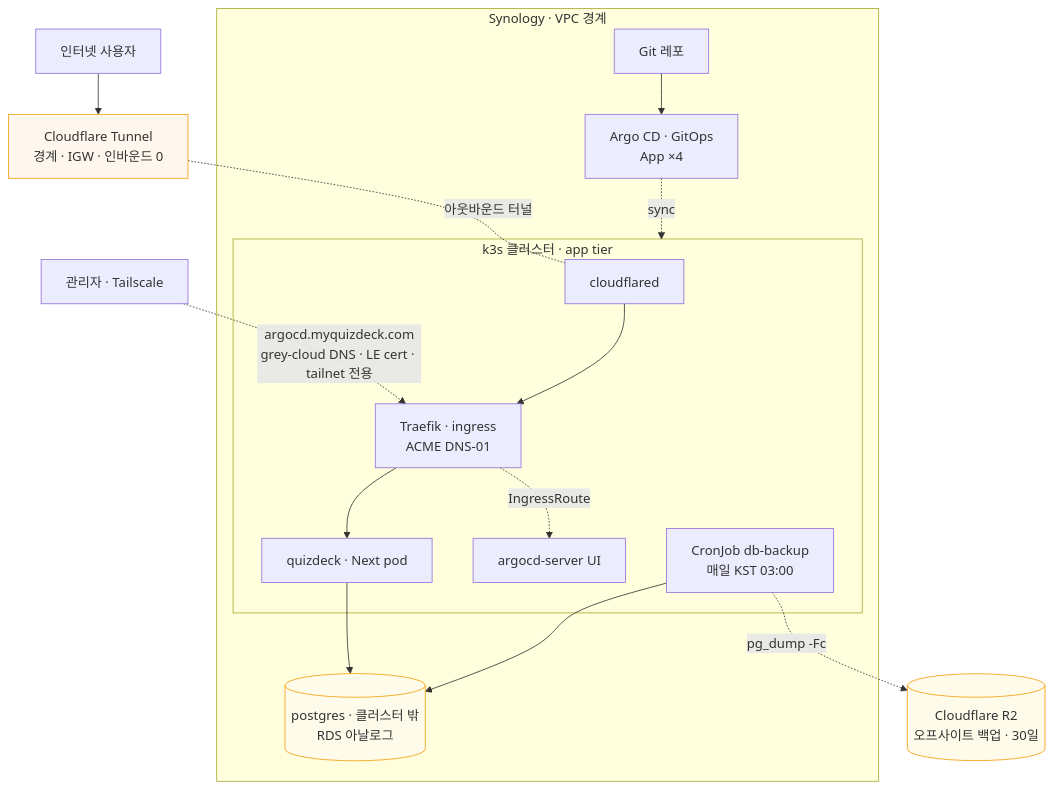
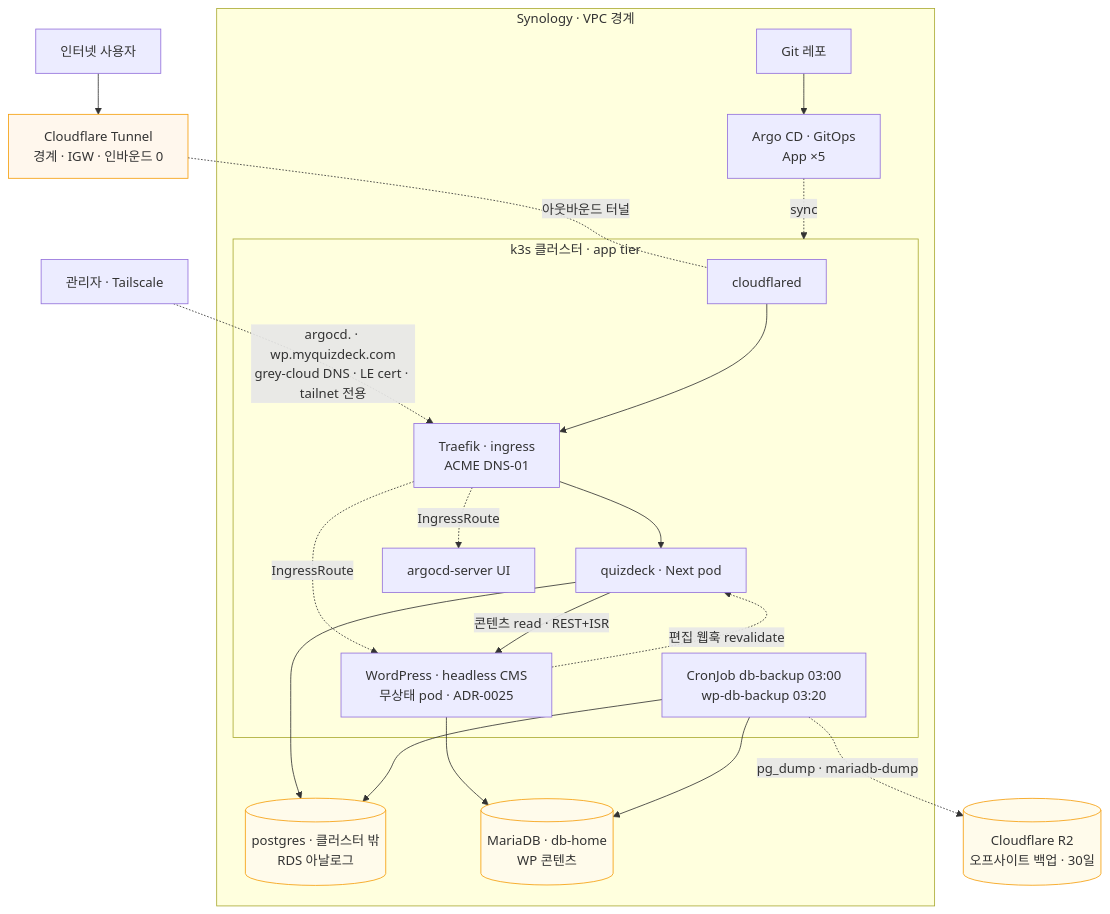
One commit to young1ll/quizdeck changed the diagram in docs/architecture/platform-roadmap.md. Above: the diagram before and after it, drawn with Mermaid. The commit also changed other lines of this file and 1 other file, not shown here.

Commit message:
docs(architecture): WordPress headless CMS 반영 (ADR-0025) (#135)
다이어그램 현행화 — ns wordpress(무상태 pod·tailnet admin) + db-home
MariaDB 타일, 요청 흐름 ⑥(WP REST+ISR)·⑦(3306), 운영 흐름 T3(wp
admin tailnet)·W(편집 웹훅 revalidate), 백업 wp-db-backup(03:20)
추가. Argo App ×5, wp-image.yml 파이프라인, 테이블·말풍선 동기화.
platform-roadmap.md mermaid 토폴로지 동기화.

검증: localhost+Chrome 렌더 — 라벨 충돌 2건(t3↔pull image, bk↔
Secret 텍스트) 수정 후 상·중·하단 스크린샷 + ⑥ 말풍선 6/7 순회 확인.

Claude-Session: https://claude.ai/code/session_01L99PGnfntKxtVsVLyyRLiG

````diff
--- a/docs/architecture/platform-roadmap.md
+++ b/docs/architecture/platform-roadmap.md
@@ -17,23 +17,28 @@
 ```mermaid
 flowchart TB
   U[인터넷 사용자] --> CF[Cloudflare Tunnel<br/>경계 · IGW · 인바운드 0]
   CF -. 아웃바운드 터널 .- CFD
-  ADM[관리자 · Tailscale] -. "argocd.myquizdeck.com<br/>grey-cloud DNS · LE cert · tailnet 전용" .-> TR
+  ADM[관리자 · Tailscale] -. "argocd. · wp.myquizdeck.com<br/>grey-cloud DNS · LE cert · tailnet 전용" .-> TR
   subgraph SYN["Synology · VPC 경계"]
     subgraph K3S["k3s 클러스터 · app tier"]
       CFD[cloudflared] --> TR[Traefik · ingress<br/>ACME DNS-01]
       TR --> NX[quizdeck · Next pod]
       TR -. IngressRoute .-> AUI[argocd-server UI]
-      BK[CronJob db-backup<br/>매일 KST 03:00]
+      TR -. IngressRoute .-> WP[WordPress · headless CMS<br/>무상태 pod · ADR-0025]
+      NX -- "콘텐츠 read · REST+ISR" --> WP
+      WP -. "편집 웹훅 revalidate" .-> NX
+      BK[CronJob db-backup 03:00<br/>wp-db-backup 03:20]
     end
     NX --> PG[(postgres · 클러스터 밖<br/>RDS 아날로그)]
+    WP --> MD[(MariaDB · db-home<br/>WP 콘텐츠)]
     BK --> PG
-    GIT[Git 레포] --> ARGO[Argo CD · GitOps<br/>App ×4]
+    BK --> MD
+    GIT[Git 레포] --> ARGO[Argo CD · GitOps<br/>App ×5]
     ARGO -. sync .-> K3S
   end
-  BK -. "pg_dump -Fc" .-> R2[(Cloudflare R2<br/>오프사이트 백업 · 30일)]
+  BK -. "pg_dump · mariadb-dump" .-> R2[(Cloudflare R2<br/>오프사이트 백업 · 30일)]
   classDef edge fill:#fff7ed,stroke:#f59e0b;
   classDef data fill:#fffbeb,stroke:#f59e0b;
   class CF edge
-  class PG,R2 data
+  class PG,MD,R2 data
 ```
````
